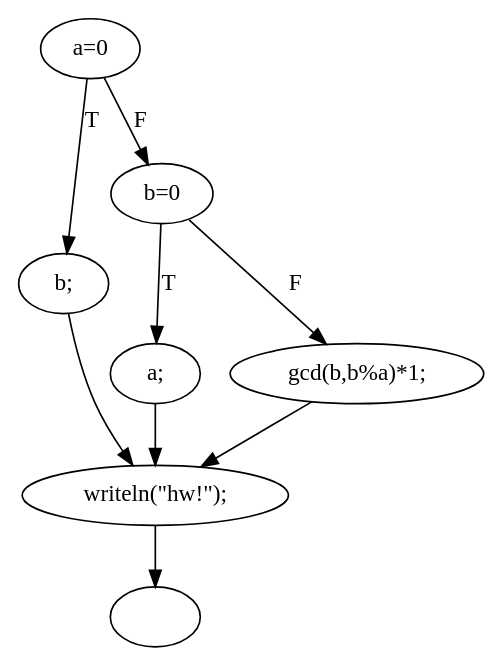
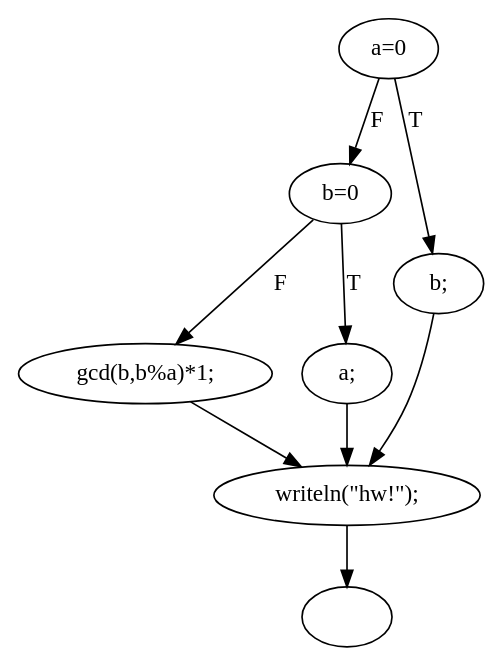
One commit to romagolchin/itmo-masters changed the diagram in program-model-verification/output/lab2_cfg/cfg.gcd.dot. Above: the diagram before and after it, drawn with Graphviz. The commit also changed 27 other files, not shown here.

```diff
--- a/program-model-verification/output/lab2_cfg/cfg.gcd.dot
+++ b/program-model-verification/output/lab2_cfg/cfg.gcd.dot
@@ -1,17 +1,17 @@
 digraph {
   0 [label="writeln(\"hw!\");"];
-  1 [label="b;"];
-  2 [label="b=0"];
-  3 [label="a;"];
-  4 [label="gcd(b,b%a)*1;"];
-  5 [label="a=0"];
-  6 [label=""];
-  2 -> 3 [label="T"];
-  3 -> 0 [label=""];
+  1 [label="gcd(b,b%a)*1;"];
+  2 [label=""];
+  3 [label="b=0"];
+  4 [label="a=0"];
+  5 [label="a;"];
+  6 [label="b;"];
+  3 -> 5 [label="T"];
+  5 -> 0 [label=""];
+  0 -> 2 [label=""];
+  3 -> 1 [label="F"];
+  4 -> 3 [label="F"];
+  6 -> 0 [label=""];
   1 -> 0 [label=""];
-  2 -> 4 [label="F"];
-  5 -> 1 [label="T"];
-  4 -> 0 [label=""];
-  0 -> 6 [label=""];
-  5 -> 2 [label="F"];
+  4 -> 6 [label="T"];
 }
```
